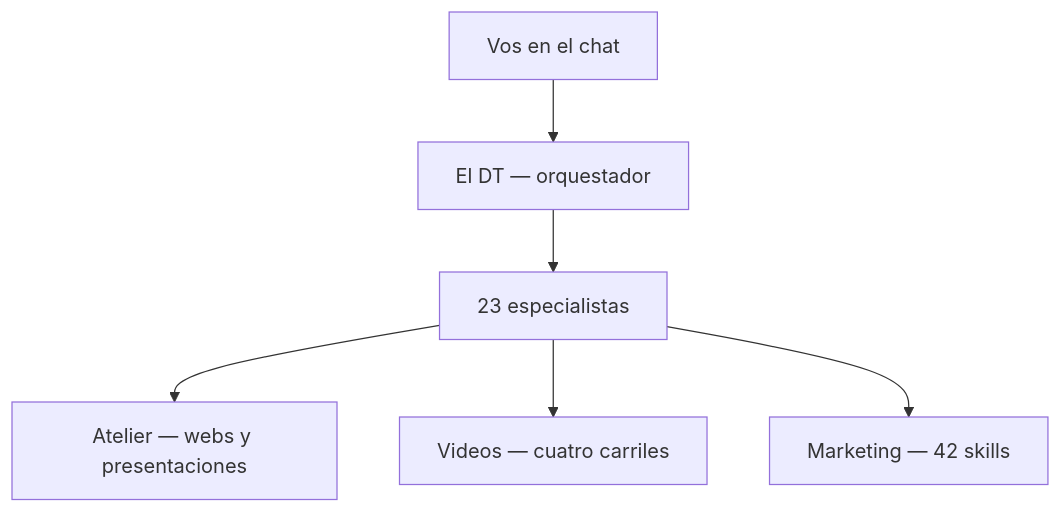
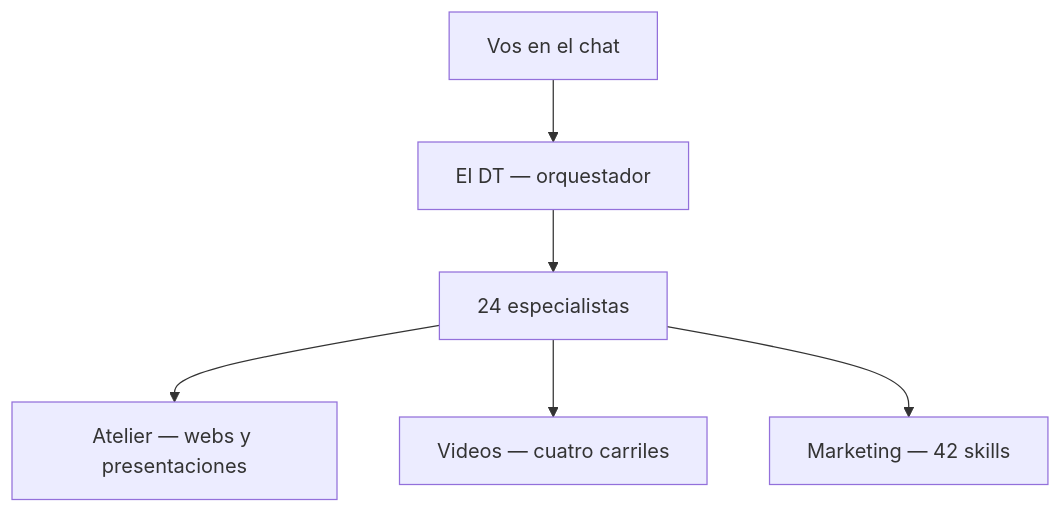
One commit to Mazalucas/El-DT-Lightweight-Army changed the first of 2 diagrams in README.md. Above: the diagram before and after it, drawn with Mermaid. The commit also changed other lines of this file and 71 other files, not shown here.

````diff
--- a/README.md
+++ b/README.md
@@ -129,14 +131,14 @@
 ```mermaid
 flowchart TB
   vos[Vos en el chat]
   dt[El DT — orquestador]
-  esp[23 especialistas]
+  esp[24 especialistas]
   atelier[Atelier — webs y presentaciones]
   video[Videos — cuatro carriles]
   mkt[Marketing — 42 skills]
   vos --> dt
   dt --> esp
   esp --> atelier
   esp --> video
   esp --> mkt
 ```
````
